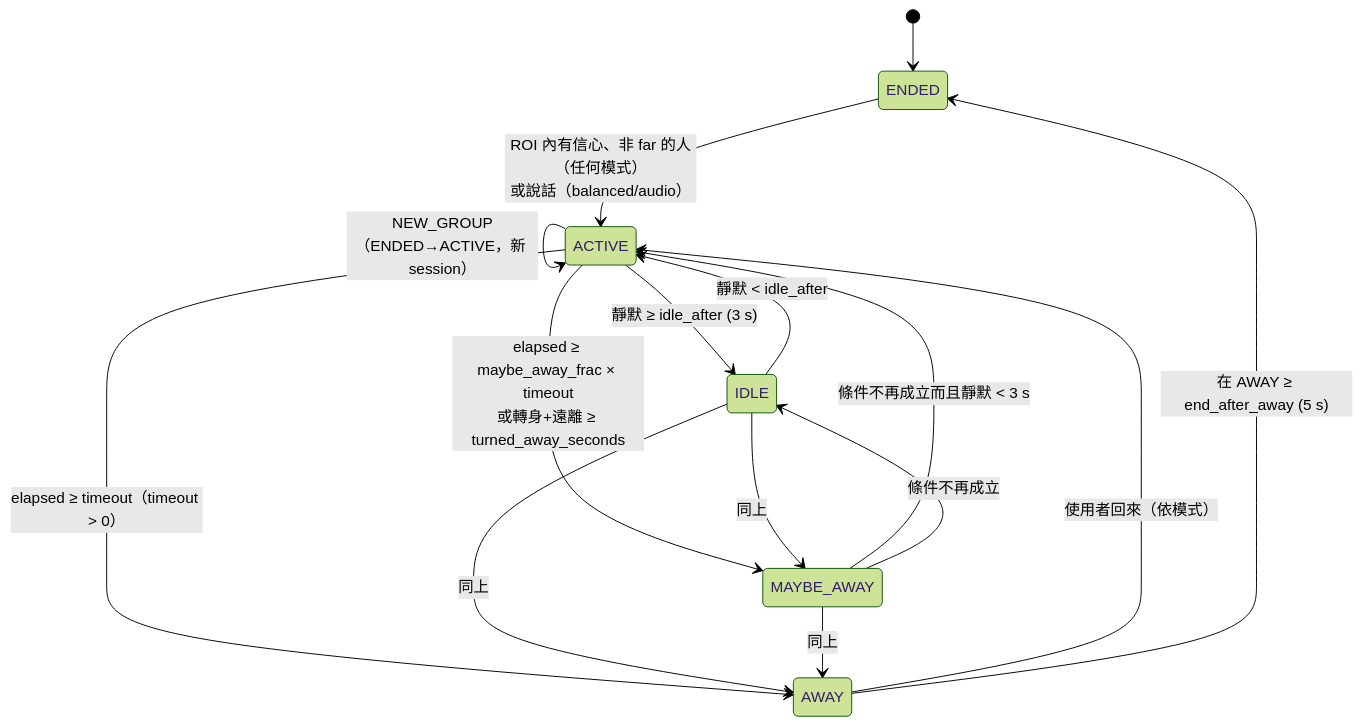
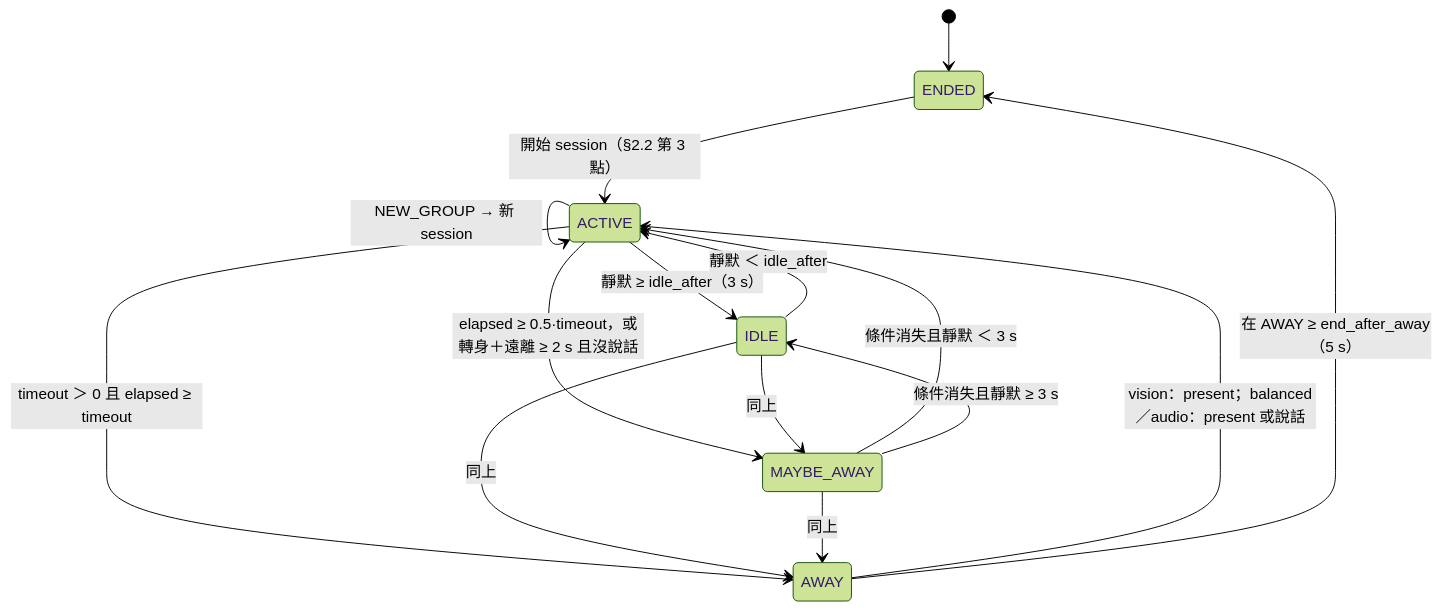
One commit to mcw519/presence-demo changed the second of 3 diagrams in docs/ALGORITHM.md. Above: the diagram before and after it, drawn with Mermaid (forest theme). The commit also changed other lines of this file and 9 other files, not shown here.

Commit message:
docs: rewrite ALGORITHM.md as v0.8.1 architecture master doc; mermaid diagrams + PNG; fix PRESENCE_MODEL timings

````diff
--- a/docs/ALGORITHM.md
+++ b/docs/ALGORITHM.md
@@ -218,17 +372,17 @@
 ```mermaid
 stateDiagram-v2
   [*] --> ENDED
-  ENDED --> ACTIVE: ROI 內有信心、非 far 的人（任何模式）<br/>或說話（balanced/audio）
-  ACTIVE --> IDLE: 靜默 ≥ idle_after (3 s)
-  IDLE --> ACTIVE: 靜默 < idle_after
-  ACTIVE --> MAYBE_AWAY: elapsed ≥ maybe_away_frac × timeout<br/>或轉身+遠離 ≥ turned_away_seconds
+  ENDED --> ACTIVE: 開始 session（§2.2 第 3 點）
+  ACTIVE --> IDLE: 靜默 ≥ idle_after（3 s）
+  IDLE --> ACTIVE: 靜默 ＜ idle_after
+  ACTIVE --> MAYBE_AWAY: elapsed ≥ 0.5·timeout，或轉身＋遠離 ≥ 2 s 且沒說話
   IDLE --> MAYBE_AWAY: 同上
-  MAYBE_AWAY --> ACTIVE: 條件不再成立而且靜默 < 3 s
-  MAYBE_AWAY --> IDLE: 條件不再成立
-  ACTIVE --> AWAY: elapsed ≥ timeout（timeout > 0）
+  MAYBE_AWAY --> ACTIVE: 條件消失且靜默 ＜ 3 s
+  MAYBE_AWAY --> IDLE: 條件消失且靜默 ≥ 3 s
+  ACTIVE --> AWAY: timeout ＞ 0 且 elapsed ≥ timeout
   IDLE --> AWAY: 同上
   MAYBE_AWAY --> AWAY: 同上
-  AWAY --> ACTIVE: 使用者回來（依模式）
-  AWAY --> ENDED: 在 AWAY ≥ end_after_away (5 s)
-  ACTIVE --> ACTIVE: NEW_GROUP（ENDED→ACTIVE，新 session）
+  AWAY --> ACTIVE: vision：present；balanced／audio：present 或說話
+  AWAY --> ENDED: 在 AWAY ≥ end_after_away（5 s）
+  ACTIVE --> ACTIVE: NEW_GROUP → 新 session
 ```
````
